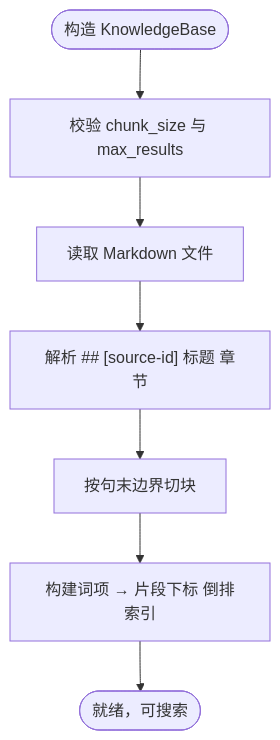
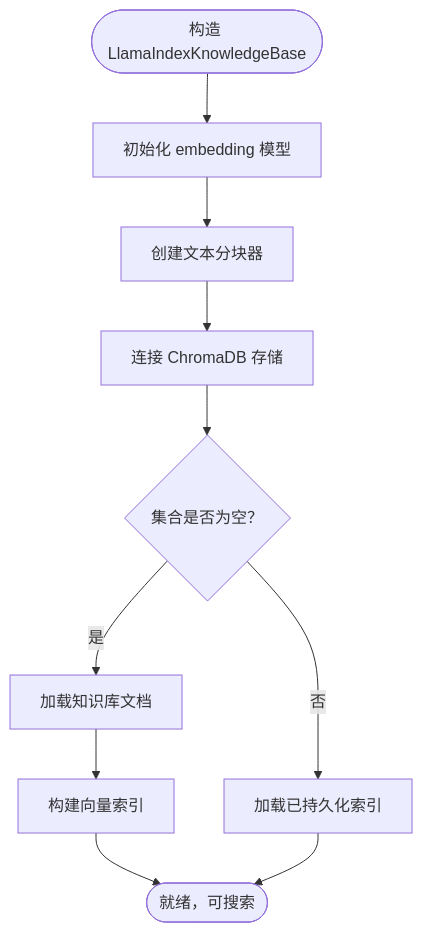
The third of 9 diagrams in .qoder/repowiki/zh/content/RAG 知识检索.md (xyx1028/agentHelp), drawn with Mermaid before and after one commit. The commit also changed other lines of this file and 115 other files, not shown here.

````diff
--- a/.qoder/repowiki/zh/content/RAG 知识检索.md
+++ b/.qoder/repowiki/zh/content/RAG 知识检索.md
@@ -107,9 +124,12 @@
 ```mermaid
 flowchart TD
-Start(["构造 KnowledgeBase"]) --> Validate["校验 chunk_size 与 max_results"]
-Validate --> LoadFile["读取 Markdown 文件"]
-LoadFile --> ParseSections["解析 ## [source-id] 标题 章节"]
-ParseSections --> SplitChunks["按句末边界切块"]
-SplitChunks --> BuildIndex["构建词项 → 片段下标 倒排索引"]
+Start(["构造 LlamaIndexKnowledgeBase"]) --> InitEmbed["初始化 embedding 模型"]
+InitEmbed --> CreateSplitter["创建文本分块器"]
+CreateSplitter --> ConnectChroma["连接 ChromaDB 存储"]
+ConnectChroma --> CheckCollection{"集合是否为空？"}
+CheckCollection --> |是| LoadDocs["加载知识库文档"]
+CheckCollection --> |否| LoadIndex["加载已持久化索引"]
+LoadDocs --> BuildIndex["构建向量索引"]
 BuildIndex --> Ready(["就绪，可搜索"])
+LoadIndex --> Ready
 ```
````
